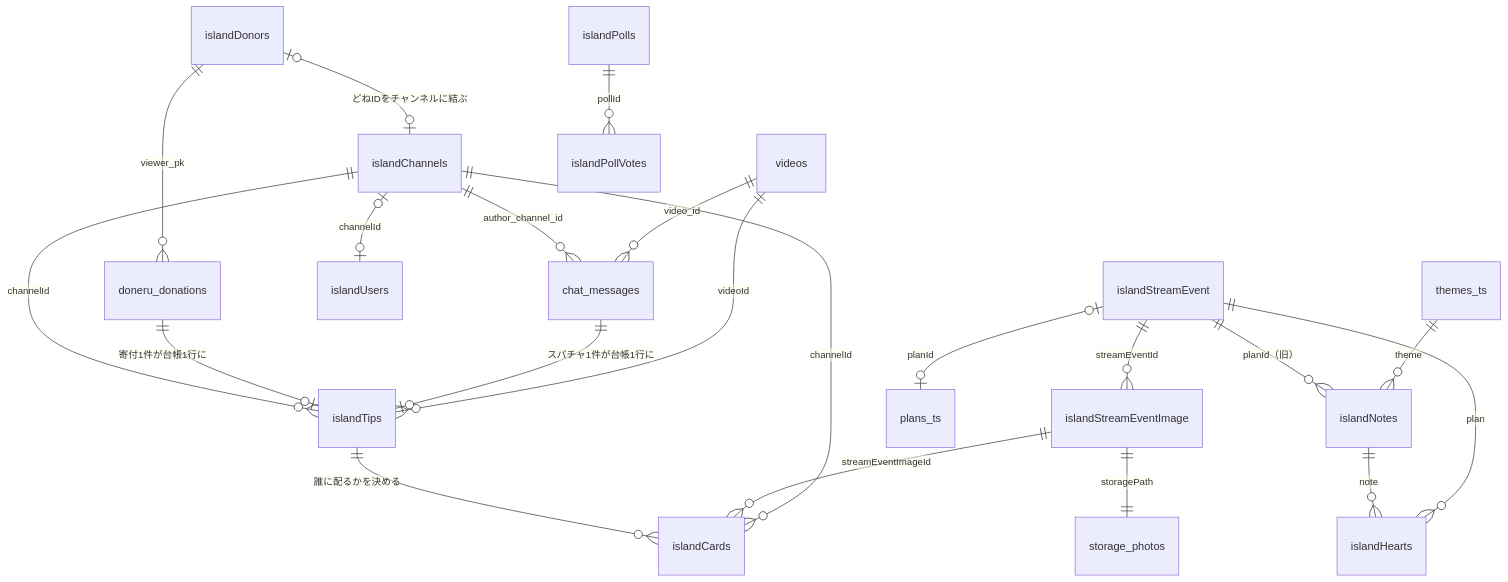
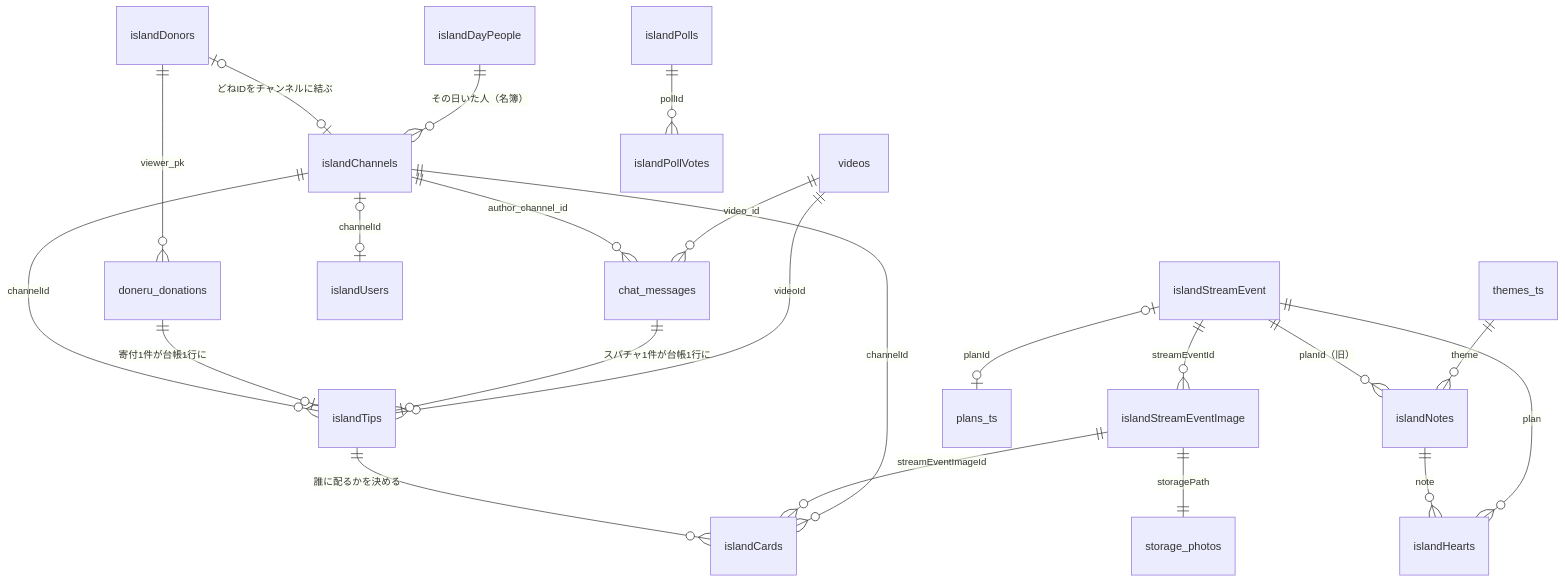
One commit to Ayato-kosaka/live-streaming changed the first of 3 diagrams in docs/island-db.md. Above: the diagram before and after it, drawn with Mermaid. The commit also changed other lines of this file, not shown here.

````diff
--- a/docs/island-db.md
+++ b/docs/island-db.md
@@ -19,27 +19,28 @@
 ```mermaid
 erDiagram
     videos                 ||--o{ chat_messages          : "video_id"
     videos                 ||--o{ islandTips             : "videoId"
     chat_messages          ||--o| islandTips             : "スパチャ1件が台帳1行に"
     doneru_donations       ||--o| islandTips             : "寄付1件が台帳1行に"
 
     islandChannels         ||--o{ chat_messages          : "author_channel_id"
     islandChannels         ||--o{ islandTips             : "channelId"
     islandChannels         ||--o{ islandCards            : "channelId"
     islandChannels         |o--o| islandUsers            : "channelId"
+    islandDayPeople        ||--o{ islandChannels         : "その日いた人（名簿）"
     islandDonors           ||--o{ doneru_donations       : "viewer_pk"
     islandDonors           |o--o| islandChannels         : "どねIDをチャンネルに結ぶ"
 
     islandStreamEvent      ||--o{ islandStreamEventImage : "streamEventId"
     islandStreamEvent      ||--o{ islandHearts           : "plan"
     islandStreamEvent      |o--o| plans_ts               : "planId"
     islandStreamEventImage ||--o{ islandCards            : "streamEventImageId"
     islandTips             ||--o{ islandCards            : "誰に配るかを決める"
     islandStreamEventImage ||--|| storage_photos         : "storagePath"
 
     themes_ts              ||--o{ islandNotes            : "theme"
     islandStreamEvent      ||--o{ islandNotes            : "planId（旧）"
     islandNotes            ||--o{ islandHearts           : "note"
 
     islandPolls            ||--o{ islandPollVotes        : "pollId"
 ```
````
